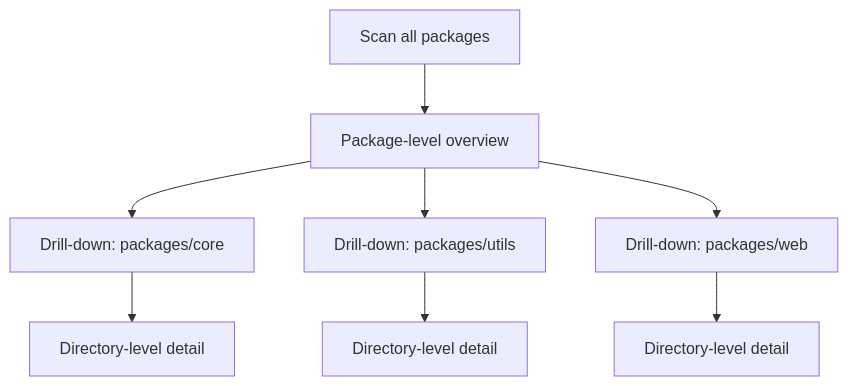
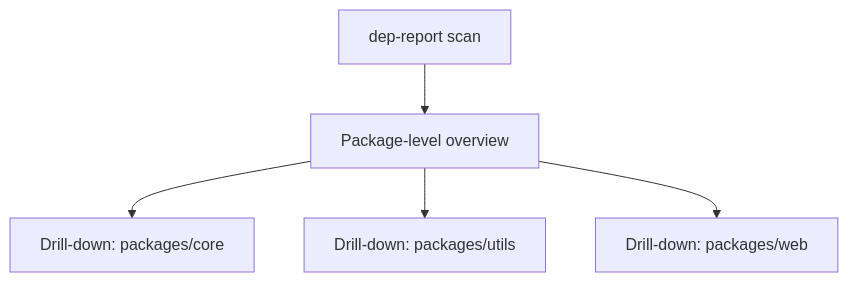
The fourth of 4 diagrams in docs/usage/scenarios.md (fisher-89/dependency-cruiser-reporter), drawn with Mermaid before and after one commit. The commit also changed other lines of this file and 20 other files, not shown here.

````diff
--- a/docs/usage/scenarios.md
+++ b/docs/usage/scenarios.md
@@ -143,11 +96,7 @@
 ```mermaid
 flowchart TB
-    Scan[Scan all packages] --> Overview[Package-level overview]
+    Scan["dep-report scan"] --> Overview[Package-level overview]
     Overview --> Core[Drill-down: packages/core]
     Overview --> Utils[Drill-down: packages/utils]
     Overview --> Web[Drill-down: packages/web]
-
-    Core --> CoreDetail[Directory-level detail]
-    Utils --> UtilsDetail[Directory-level detail]
-    Web --> WebDetail[Directory-level detail]
 ```
````
